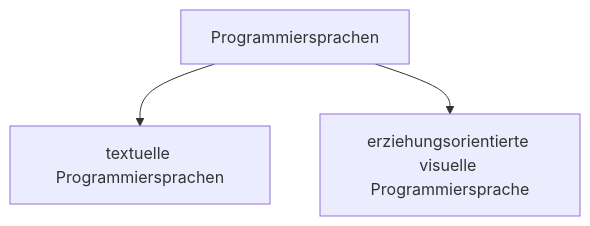
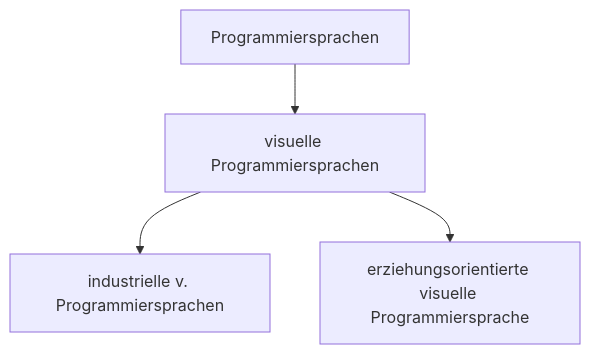
Before and after one commit to Meisterschulen-am-Ostbahnhof-Munchen/visual-programming-languages-docs: the diagram in docs/Diagramm2a.mmd, drawn with Mermaid.

```diff
--- a/docs/Diagramm2a.mmd
+++ b/docs/Diagramm2a.mmd
@@ -1,3 +1,4 @@
 flowchart TB
-A["Programmiersprachen"] --> B["textuelle Programmiersprachen"]
-A --> C["erziehungsorientierte visuelle Programmiersprache"]
+A["Programmiersprachen"] --> CL["visuelle Programmiersprachen"]
+CL -->E["industrielle v. Programmiersprachen"]
+CL --> C["erziehungsorientierte visuelle Programmiersprache"]
```
